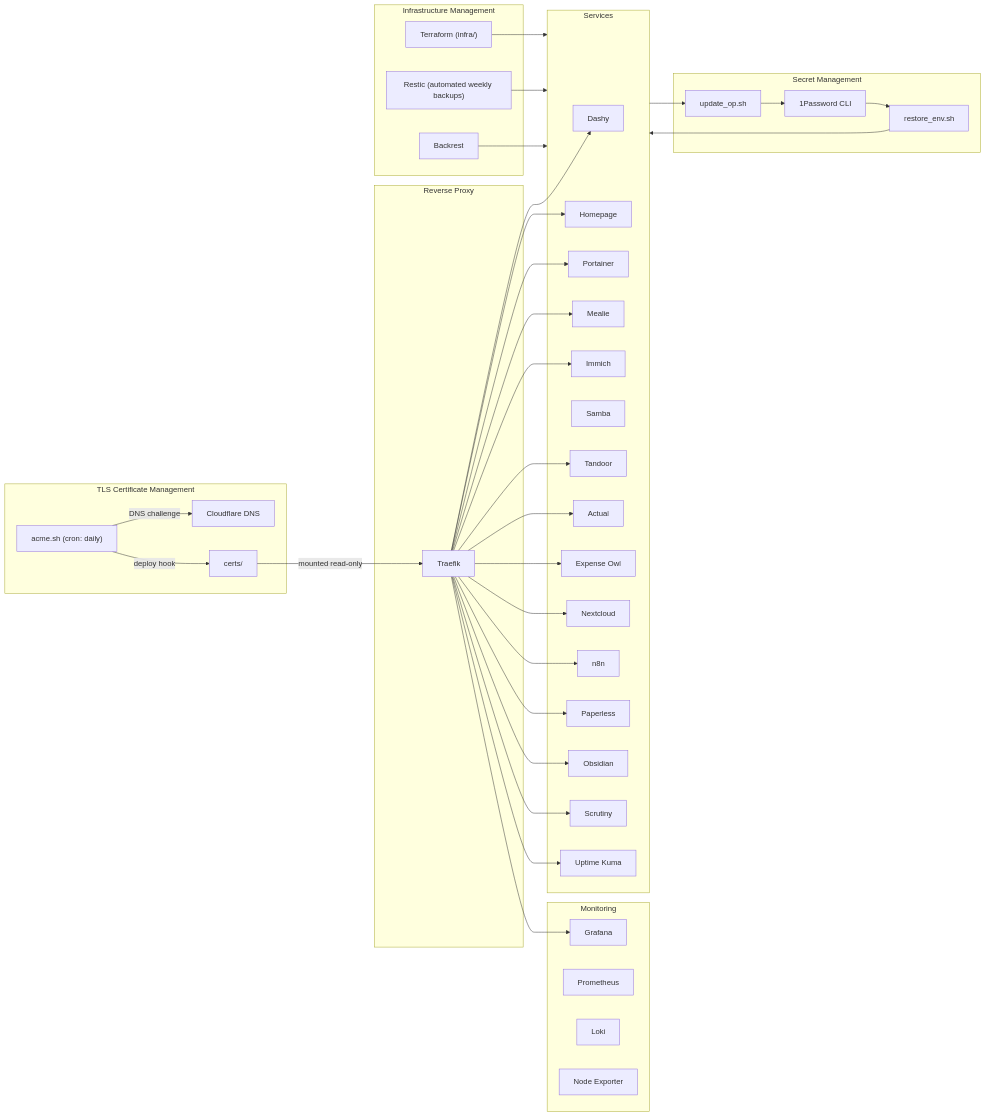
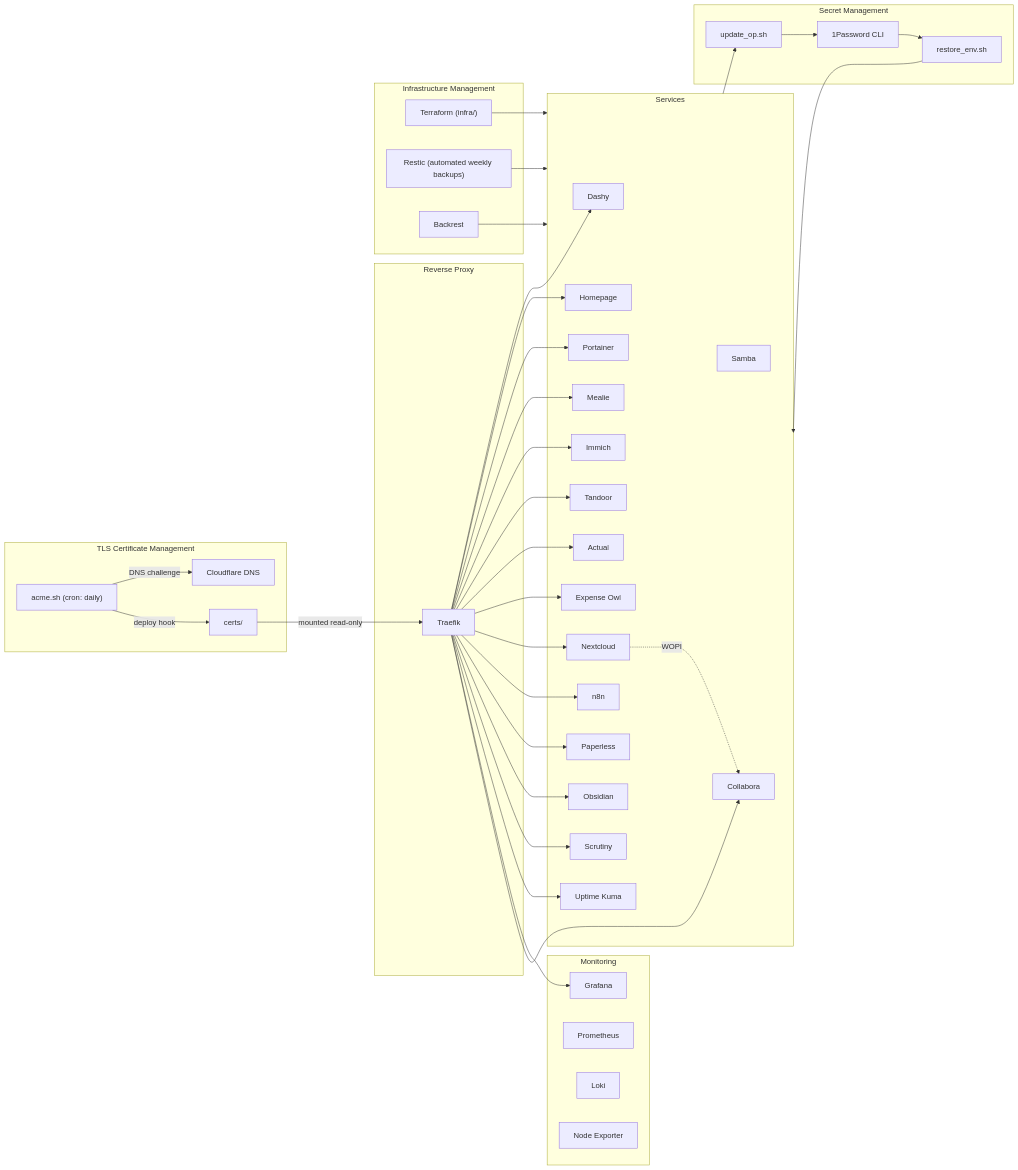
One commit to Chris1221/homelab changed the diagram in README.md. Above: the diagram before and after it, drawn with Mermaid. The commit also changed other lines of this file, not shown here.

Commit message:
docs: explain Collabora deployment and the tailnet DNS gotcha

````diff
--- a/README.md
+++ b/README.md
@@ -25,78 +25,81 @@
 ```mermaid
 graph LR
     subgraph TLS["TLS Certificate Management"]
         AcmeSh["acme.sh (cron: daily)"]
         Cloudflare["Cloudflare DNS"]
         CertsDir["certs/"]
         AcmeSh -->|DNS challenge| Cloudflare
         AcmeSh -->|deploy hook| CertsDir
     end
 
     subgraph Reverse Proxy
         Traefik
     end
 
     CertsDir -->|mounted read-only| Traefik
 
     subgraph Services
         Dashy
         Homepage
         Portainer
         Mealie
         Immich
         Samba
         Tandoor
         Actual
         ExpenseOwl["Expense Owl"]
         Nextcloud
         N8N["n8n"]
         Paperless
         Obsidian
         Scrutiny
         UptimeKuma["Uptime Kuma"]
+        Collabora
     end
 
     subgraph Monitoring
         Grafana
         Prometheus
         Loki
         NodeExporter["Node Exporter"]
     end
 
     Traefik --> Dashy
     Traefik --> Homepage
     Traefik --> Portainer
     Traefik --> Mealie
     Traefik --> Immich
     Traefik --> Tandoor
     Traefik --> Actual
     Traefik --> ExpenseOwl
     Traefik --> Nextcloud
     Traefik --> N8N
     Traefik --> Paperless
     Traefik --> Obsidian
     Traefik --> Scrutiny
     Traefik --> UptimeKuma
     Traefik --> Grafana
+    Traefik --> Collabora
+    Nextcloud -.->|WOPI| Collabora
 
     subgraph Secret Management
         OnePassword["1Password CLI"]
         RestoreEnv["restore_env.sh"]
         UpdateOp["update_op.sh"]
     end
 
     OnePassword --> RestoreEnv
     RestoreEnv --> Services
     Services --> UpdateOp
     UpdateOp --> OnePassword
 
     subgraph Infrastructure Management
         Terraform["Terraform (infra/)"]
         Restic["Restic (automated weekly backups)"]
         Backrest
     end
 
     Terraform --> Services
     Restic --> Services
     Backrest --> Services
 ```
````
